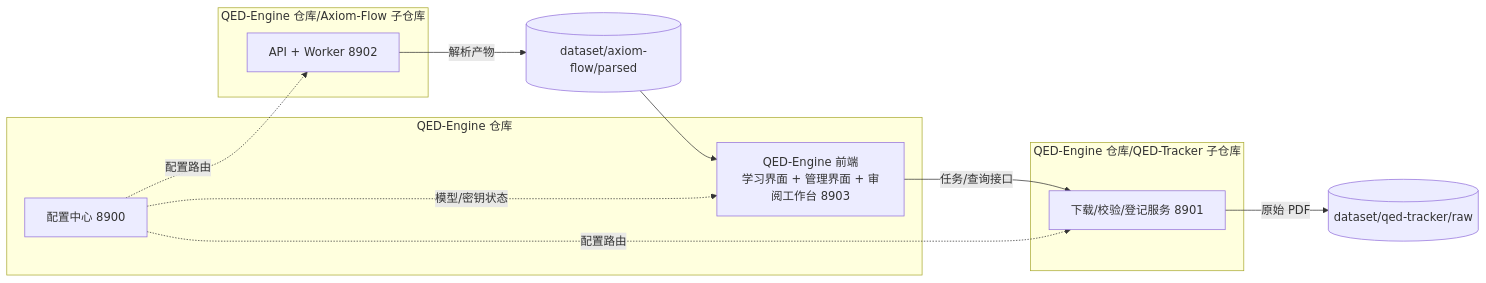
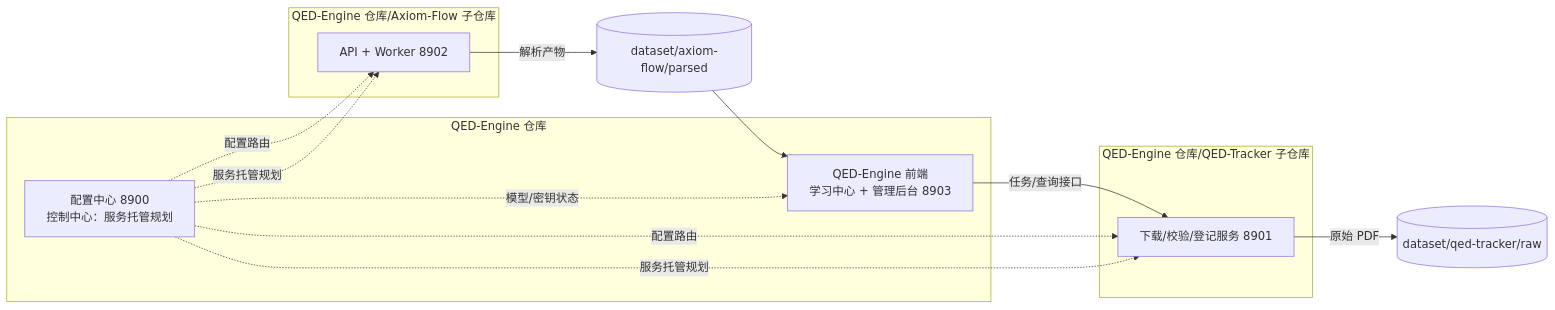
One commit to swfswf1234/QED-Engine changed the diagram in docs/architecture/four-service-architecture.md. Above: the diagram before and after it, drawn with Mermaid. The commit also changed other lines of this file and 49 other files, not shown here.

Commit message:
docs: ARCH-008 W1-W4 snapshot, docs rework (positioning, ADR 0004-0006, standards/architecture/design rework, web-frontend contract)

````diff
--- a/docs/architecture/four-service-architecture.md
+++ b/docs/architecture/four-service-architecture.md
@@ -14,21 +14,23 @@
 ```mermaid
 flowchart LR
     subgraph Root[QED-Engine 仓库]
-        FE[QED-Engine 前端<br/>学习界面 + 管理界面 + 审阅工作台 8903]
-        CC[配置中心 8900]
+        FE[QED-Engine 前端<br/>学习中心 + 管理后台 8903]
+        CC[配置中心 8900<br/>控制中心：服务托管规划]
     end
     subgraph AF[QED-Engine 仓库/Axiom-Flow 子仓库]
         A[API + Worker 8902]
     end
     subgraph TR[QED-Engine 仓库/QED-Tracker 子仓库]
         T[下载/校验/登记服务 8901]
     end
 
     FE -->|任务/查询接口| T
     T -->|原始 PDF| R[(dataset/qed-tracker/raw)]
     A -->|解析产物| P[(dataset/axiom-flow/parsed)]
     P --> FE
     CC -.模型/密钥状态.-> FE
     CC -.配置路由.-> A
     CC -.配置路由.-> T
+    CC -.服务托管规划.-> A
+    CC -.服务托管规划.-> T
 ```
````
